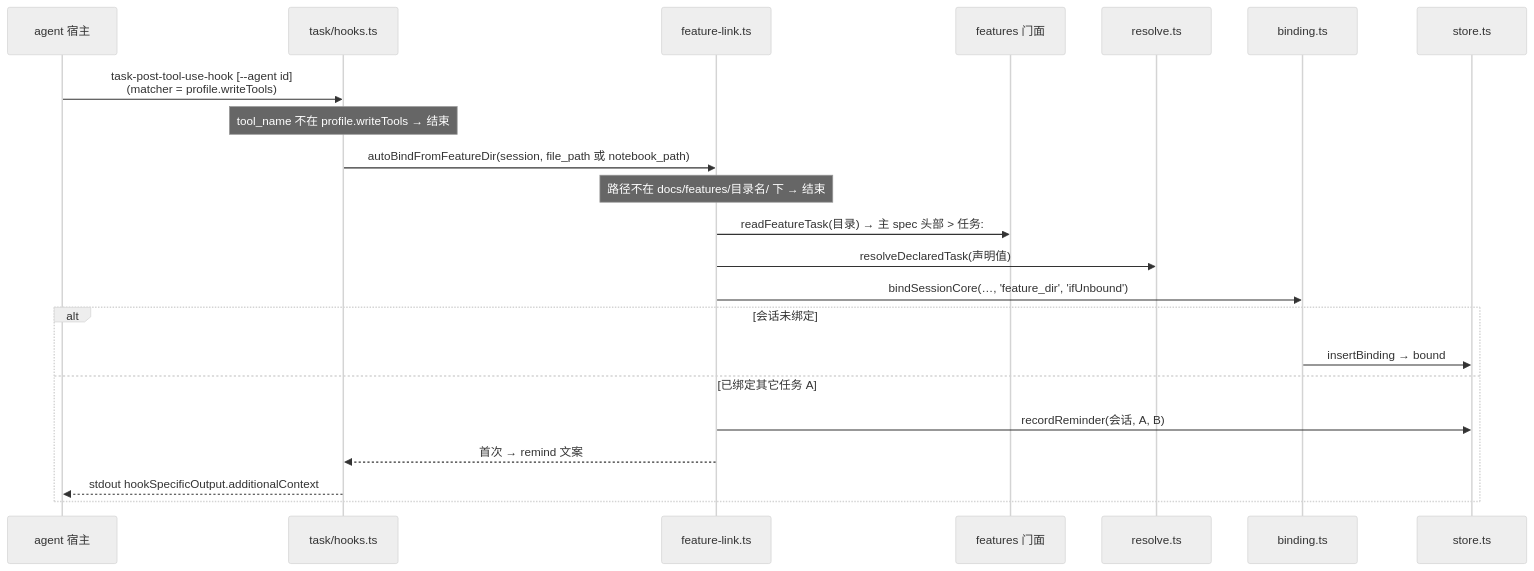
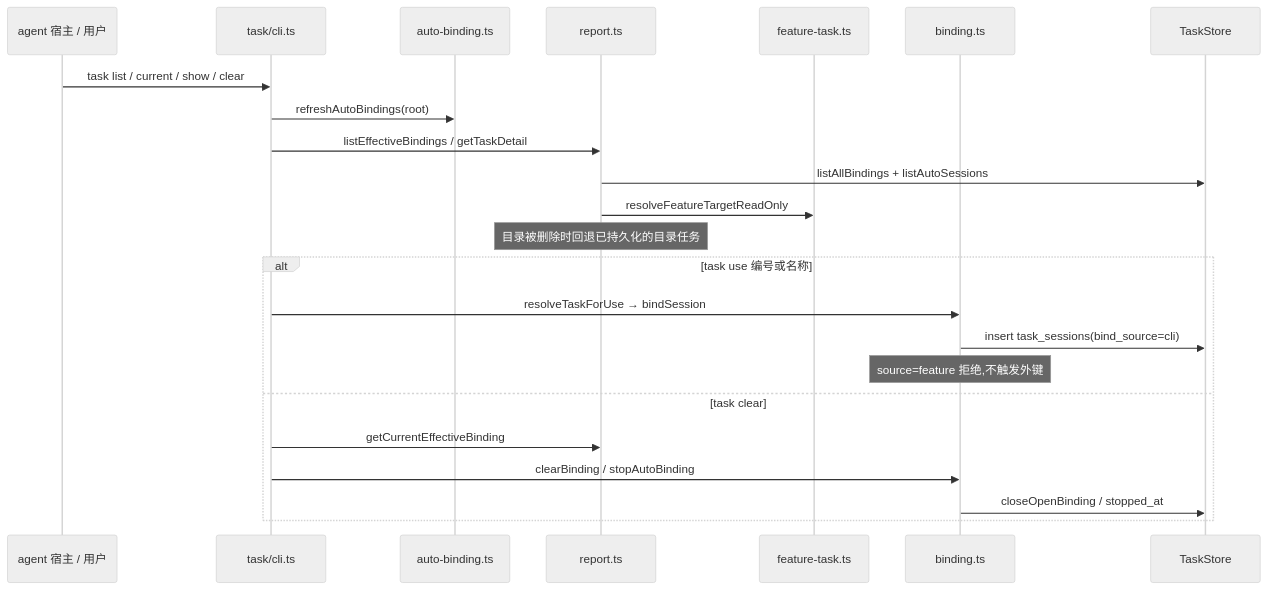
Before and after one commit to smdnkB/cgraphx: the second of 3 diagrams in docs/code-map/flows/开发任务绑定.md, drawn with Mermaid (neutral theme). The commit also changed other lines of this file and 8 other files, not shown here.

First line of the commit message:
docs: 更新任务知识库与代码地图——任务自动关联落地后的现状

````diff
--- a/docs/code-map/flows/开发任务绑定.md
+++ b/docs/code-map/flows/开发任务绑定.md
@@ -91,25 +103,26 @@
 ```mermaid
 sequenceDiagram
-  participant AG as agent 宿主
-  participant HK as task/hooks.ts
-  participant FL as feature-link.ts
-  participant FT as features 门面
-  participant RS as resolve.ts
+  participant AG as agent 宿主 / 用户
+  participant CLI as task/cli.ts
+  participant AB as auto-binding.ts
+  participant RPT as report.ts
+  participant FT as feature-task.ts
   participant BD as binding.ts
-  participant ST as store.ts
+  participant ST as TaskStore
 
-  AG->>HK: task-post-tool-use-hook [--agent id]<br/>(matcher = profile.writeTools)
-  Note over HK: tool_name 不在 profile.writeTools → 结束
-  HK->>FL: autoBindFromFeatureDir(session, file_path 或 notebook_path)
-  Note over FL: 路径不在 docs/features/目录名/ 下 → 结束
-  FL->>FT: readFeatureTask(目录) → 主 spec 头部 > 任务:
-  FL->>RS: resolveDeclaredTask(声明值)
-  FL->>BD: bindSessionCore(…, 'feature_dir', 'ifUnbound')
-  alt 会话未绑定
-    BD->>ST: insertBinding → bound
-  else 已绑定其它任务 A
-    FL->>ST: recordReminder(会话, A, B)
-    FL-->>HK: 首次 → remind 文案
-    HK-->>AG: stdout hookSpecificOutput.additionalContext
+  AG->>CLI: task list / current / show / clear
+  CLI->>AB: refreshAutoBindings(root)
+  CLI->>RPT: listEffectiveBindings / getTaskDetail
+  RPT->>ST: listAllBindings + listAutoSessions
+  RPT->>FT: resolveFeatureTargetReadOnly
+  Note over RPT: 目录被删除时回退已持久化的目录任务
+  alt task use 编号或名称
+    CLI->>BD: resolveTaskForUse → bindSession
+    BD->>ST: insert task_sessions(bind_source=cli)
+    Note over BD: source=feature 拒绝,不触发外键
+  else task clear
+    CLI->>RPT: getCurrentEffectiveBinding
+    CLI->>BD: clearBinding / stopAutoBinding
+    BD->>ST: closeOpenBinding / stopped_at
   end
 ```
````
